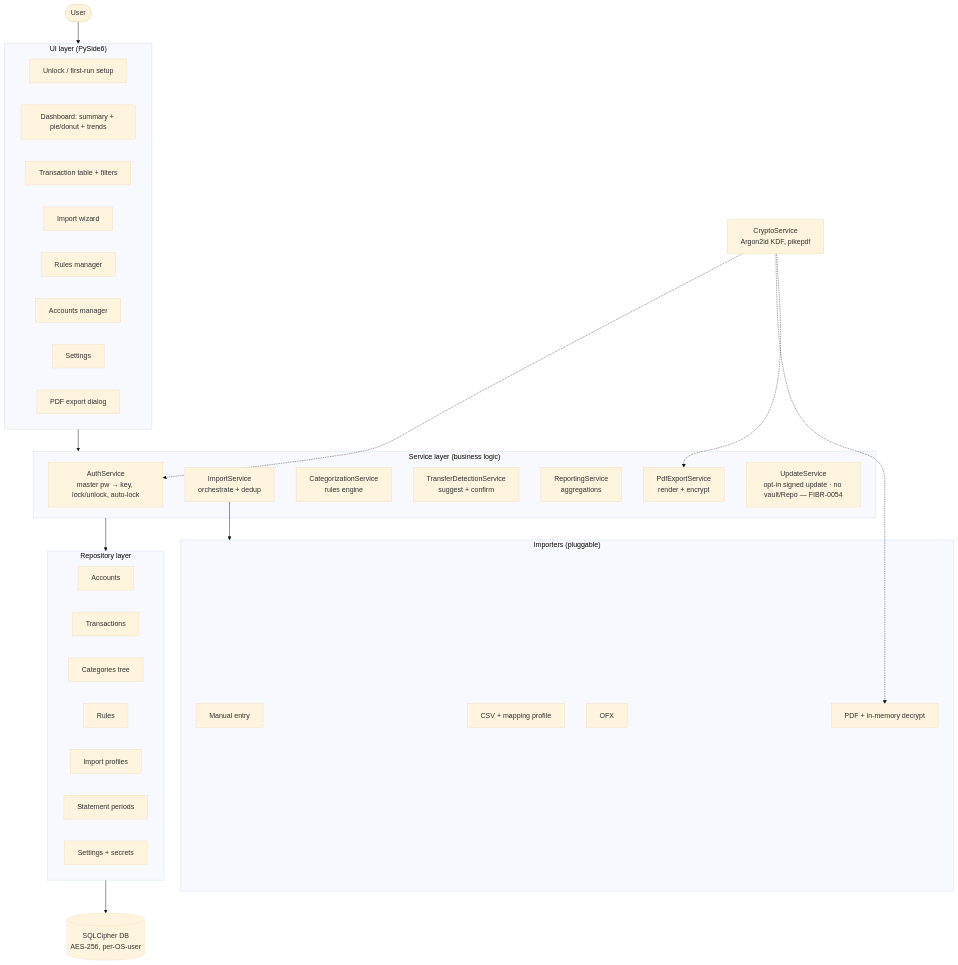
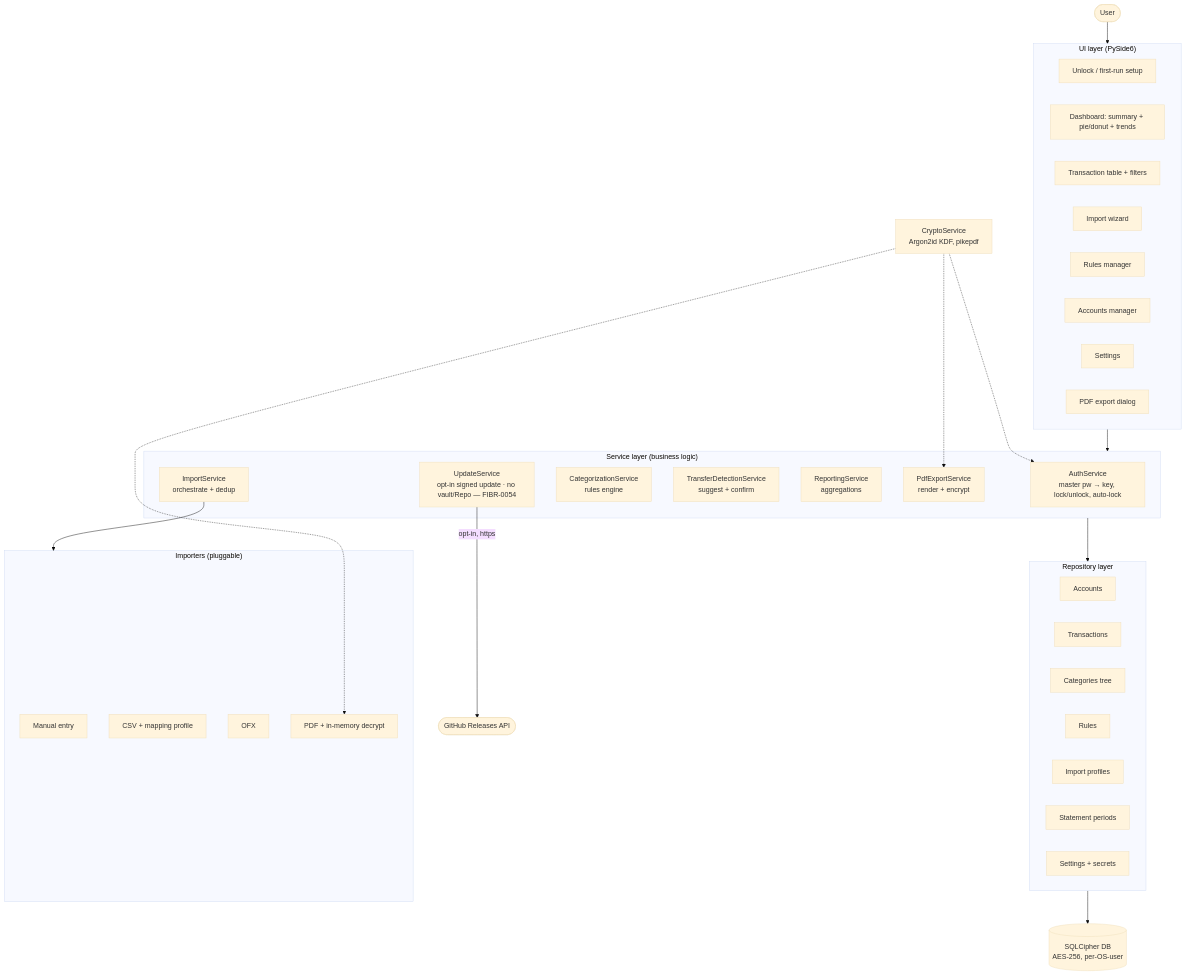
Before and after one commit to milnet01/finbreak: the diagram in docs/design.md, drawn with Mermaid (base theme). The commit also changed other lines of this file and 2 other files, not shown here.

````diff
--- a/docs/design.md
+++ b/docs/design.md
@@ -23,53 +24,54 @@
 ```mermaid
 flowchart TB
     User([User]) --> UI
 
     subgraph UI["UI layer (PySide6)"]
         Unlock[Unlock / first-run setup]
         Dash[Dashboard: summary + pie/donut + trends]
         TxTable[Transaction table + filters]
         ImportWiz[Import wizard]
         Rules[Rules manager]
         Accounts[Accounts manager]
         Settings[Settings]
         Export[PDF export dialog]
     end
 
     UI --> Svc
 
     subgraph Svc["Service layer (business logic)"]
         Auth[AuthService<br/>master pw → key, lock/unlock, auto-lock]
         Import[ImportService<br/>orchestrate + dedup]
         Cat[CategorizationService<br/>rules engine]
         Transfer[TransferDetectionService<br/>suggest + confirm]
         Report[ReportingService<br/>aggregations]
         PdfOut[PdfExportService<br/>render + encrypt]
         Update[UpdateService<br/>opt-in signed update · no vault/Repo — FIBR-0054]
     end
 
     subgraph Importers["Importers (pluggable)"]
         Manual[Manual entry]
         Csv[CSV + mapping profile]
         Ofx[OFX]
         PdfIn[PDF + in-memory decrypt]
     end
 
     Import --> Importers
     Svc --> Repo
+    Update -->|opt-in, https| Releases([GitHub Releases API])
 
     subgraph Repo["Repository layer"]
         AccRepo[Accounts]
         TxRepo[Transactions]
         CatRepo[Categories tree]
         RuleRepo[Rules]
         ProfRepo[Import profiles]
         StmtRepo[Statement periods]
         SetRepo[Settings + secrets]
     end
 
     Repo --> DB[(SQLCipher DB<br/>AES-256, per-OS-user)]
 
     Crypto[CryptoService<br/>Argon2id KDF, pikepdf] -.-> Auth
     Crypto -.-> PdfIn
     Crypto -.-> PdfOut
 ```
````
